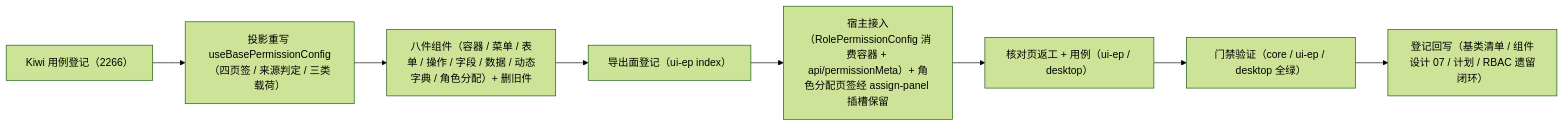
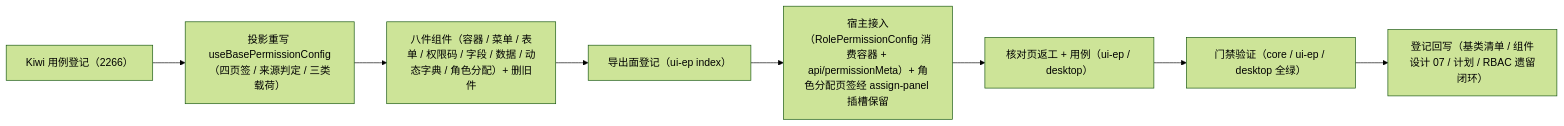
Before and after one commit to minjian123/basic-management-system: the diagram in bms文档/项目/04_前端组件库/任务/08_交互类/08_交互类_04_权限配置/08_交互类_04_权限配置_04_授权组件与宿主页返工/实施/01_实施_04_授权组件与宿主页返工.md, drawn with Mermaid (forest theme). The commit also changed 23 other files, not shown here.

````diff
--- a/bms文档/项目/04_前端组件库/任务/08_交互类/08_交互类_04_权限配置/08_交互类_04_权限配置_04_授权组件与宿主页返工/实施/01_实施_04_授权组件与宿主页返工.md
+++ b/bms文档/项目/04_前端组件库/任务/08_交互类/08_交互类_04_权限配置/08_交互类_04_权限配置_04_授权组件与宿主页返工/实施/01_实施_04_授权组件与宿主页返工.md
@@ -22,10 +22,10 @@
 ```mermaid
 flowchart LR
     A["Kiwi 用例登记（2266）"] --> B["投影重写 useBasePermissionConfig（四页签 / 来源判定 / 三类载荷）"]
-    B --> C["八件组件（容器 / 菜单 / 表单 / 操作 / 字段 / 数据 / 动态字典 / 角色分配）+ 删旧件"]
+    B --> C["八件组件（容器 / 菜单 / 表单 / 权限码 / 字段 / 数据 / 动态字典 / 角色分配）+ 删旧件"]
     C --> D["导出面登记（ui-ep index）"]
     D --> E["宿主接入（RolePermissionConfig 消费容器 + api/permissionMeta）+ 角色分配页签经 assign-panel 插槽保留"]
     E --> F["核对页返工 + 用例（ui-ep / desktop）"]
     F --> G["门禁验证（core / ui-ep / desktop 全绿）"]
     G --> H["登记回写（基类清单 / 组件设计 07 / 计划 / RBAC 遗留闭环）"]
 ```
````
